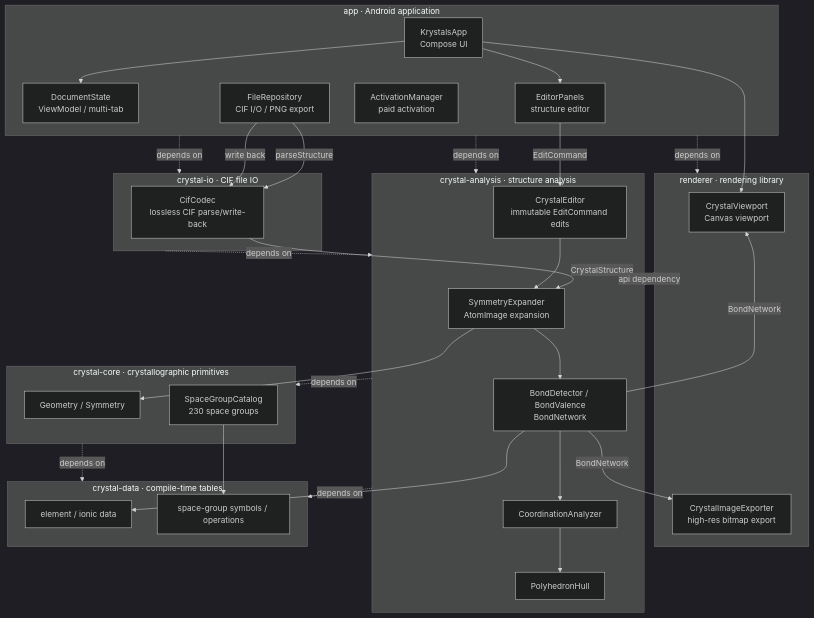
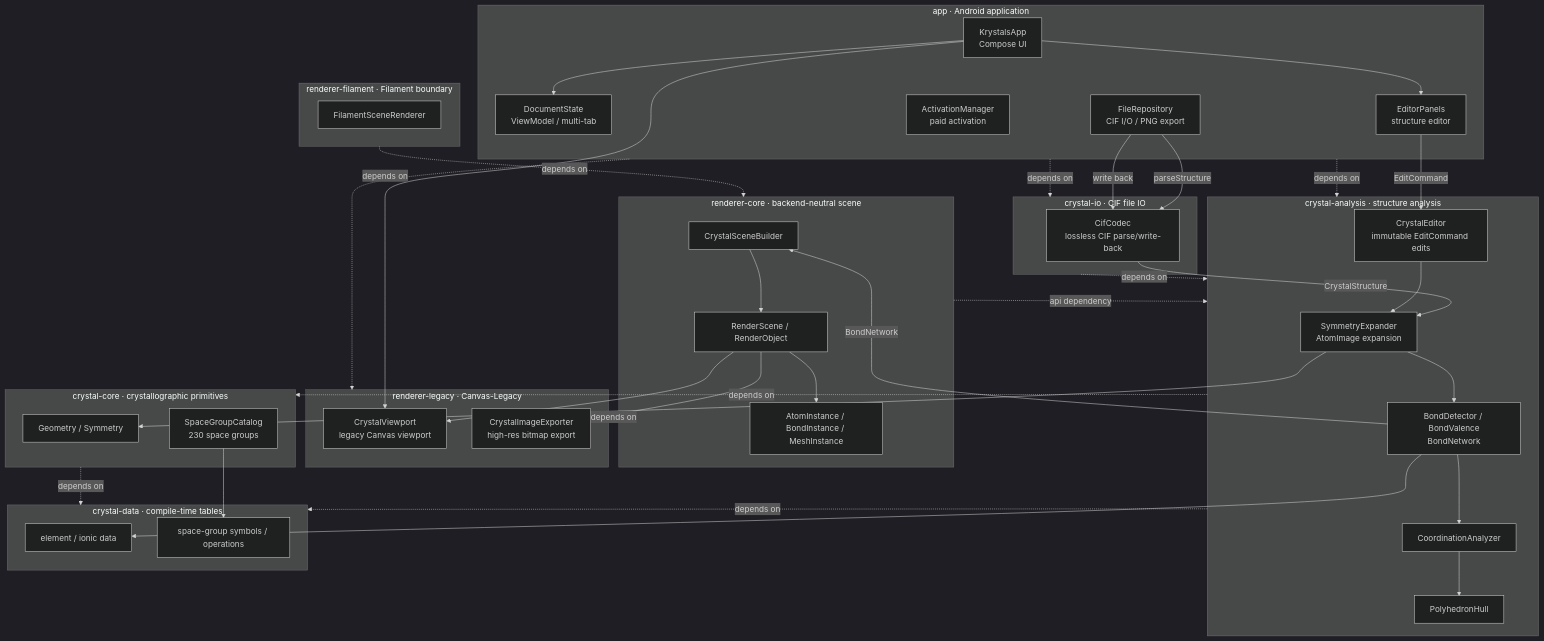
One commit to SUPERkelesss/Krystals changed the diagram in README.md. Above: the diagram before and after it, drawn with Mermaid (dark theme). The commit also changed 27 other files, not shown here.

````diff
--- a/README.md
+++ b/README.md
@@ -55,58 +55,71 @@
 ```mermaid
 flowchart TB
     subgraph app["app · Android application"]
         UI["KrystalsApp<br/>Compose UI"]
         VM["DocumentState<br/>ViewModel / multi-tab"]
         Edit["EditorPanels<br/>structure editor"]
         Repo["FileRepository<br/>CIF I/O / PNG export"]
         Act["ActivationManager<br/>paid activation"]
     end
-    subgraph renderer["renderer · rendering library"]
-        VP["CrystalViewport<br/>Canvas viewport"]
+    subgraph rendererCore["renderer-core · backend-neutral scene"]
+        Builder["CrystalSceneBuilder"]
+        Scene["RenderScene / RenderObject"]
+        Primitive["AtomInstance / BondInstance / MeshInstance"]
+    end
+    subgraph rendererLegacy["renderer-legacy · Canvas-Legacy"]
+        VP["CrystalViewport<br/>legacy Canvas viewport"]
         Exp["CrystalImageExporter<br/>high-res bitmap export"]
+    end
+    subgraph rendererFilament["renderer-filament · Filament boundary"]
+        Filament["FilamentSceneRenderer"]
     end
     subgraph io["crystal-io · CIF file IO"]
         Codec["CifCodec<br/>lossless CIF parse/write-back"]
     end
     subgraph analysis["crystal-analysis · structure analysis"]
         Symmetry["SymmetryExpander<br/>AtomImage expansion"]
         Bonds["BondDetector / BondValence<br/>BondNetwork"]
         Coordination["CoordinationAnalyzer"]
         Hull["PolyhedronHull"]
         Editor["CrystalEditor<br/>immutable EditCommand edits"]
     end
     subgraph core["crystal-core · crystallographic primitives"]
         Geometry["Geometry / Symmetry"]
         SG["SpaceGroupCatalog<br/>230 space groups"]
     end
     subgraph data["crystal-data · compile-time tables"]
         Elements["element / ionic data"]
         SpaceGroups["space-group symbols / operations"]
     end
 
     UI --> VP
     UI --> Edit
     UI --> VM
     Repo -->|"parseStructure"| Codec
     Codec -->|"CrystalStructure"| Symmetry
     Edit -->|"EditCommand"| Editor
     Editor --> Symmetry
     Symmetry --> Bonds
-    Bonds -->|"BondNetwork"| VP
-    Bonds -->|"BondNetwork"| Exp
+    Bonds -->|"BondNetwork"| Builder
+    Builder --> Scene
+    Scene --> Primitive
+    Scene --> VP
+    Scene --> Exp
     Bonds --> Coordination
     Coordination --> Hull
     Repo -->|"write back"| Codec
     Symmetry --> Geometry
     SG --> SpaceGroups
     Bonds --> Elements
 
-    app -.->|depends on| renderer
+    app -.->|depends on| rendererLegacy
     app -.->|depends on| analysis
     app -.->|depends on| io
-    renderer -.->|api dependency| analysis
+    rendererCore -.->|api dependency| analysis
+    rendererLegacy -.->|depends on| rendererCore
+    rendererFilament -.->|depends on| rendererCore
     io -.->|depends on| analysis
     analysis -.->|depends on| core
     analysis -.->|depends on| data
     core -.->|depends on| data
 ```
````
